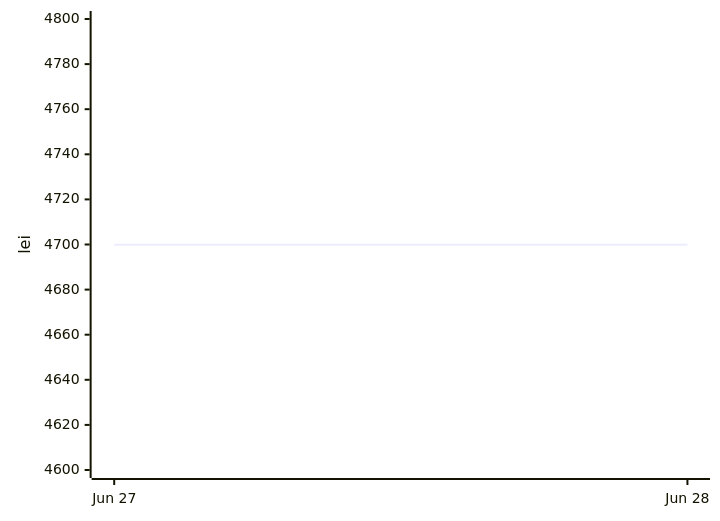
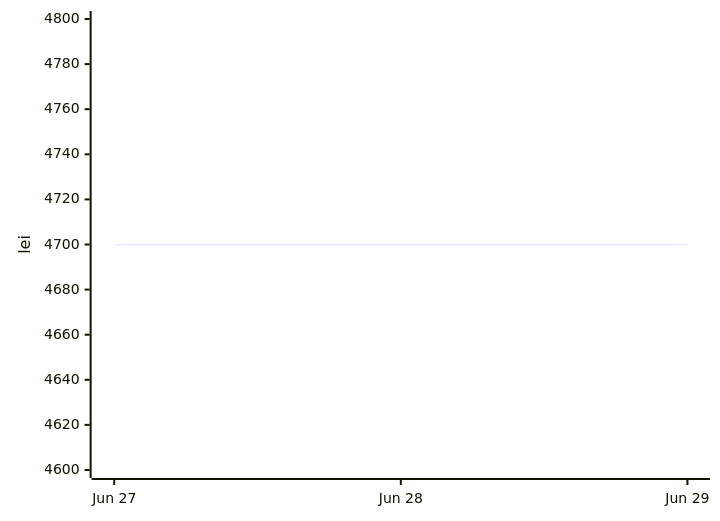
Before and after one commit to anagheioan/laptop-price-monitor: the first of 2 diagrams in README.md, drawn with Mermaid. The commit also changed other lines of this file and 1 other file, not shown here.

Commit message:
Price check 2026-06-29

````diff
--- a/README.md
+++ b/README.md
@@ -21,6 +21,6 @@
 ```mermaid
 xychart-beta
-    x-axis ["Jun 27", "Jun 28"]
+    x-axis ["Jun 27", "Jun 28", "Jun 29"]
     y-axis "lei" 4600 --> 4800
-    line [4699.90, 4699.90]
+    line [4699.9, 4699.9, 4699.9]
 ```
````
